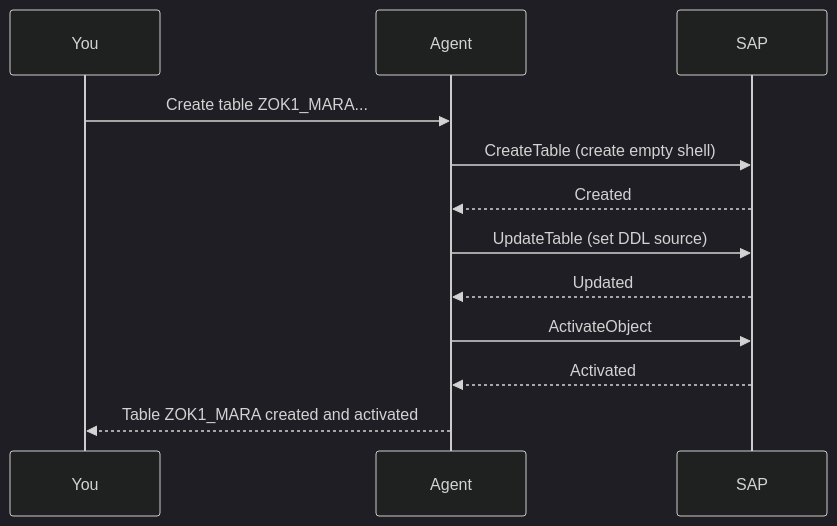
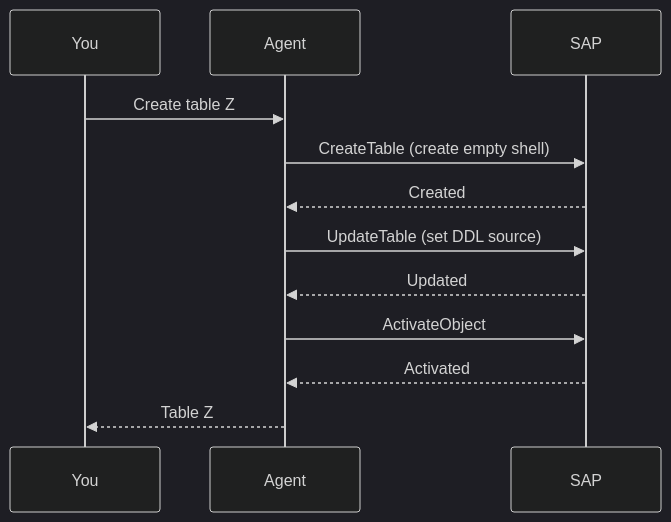
One commit to fr0ster/cloud-llm-hub changed the fifth of 10 diagrams in docs/tutorials/rap-bo-creation.md. Above: the diagram before and after it, drawn with Mermaid (dark theme). The commit also changed other lines of this file, not shown here.

````diff
--- a/docs/tutorials/rap-bo-creation.md
+++ b/docs/tutorials/rap-bo-creation.md
@@ -224,15 +224,15 @@
 ```mermaid
 sequenceDiagram
     participant You
     participant Agent
     participant SAP
 
-    You->>Agent: Create table ZOK1_MARA...
+    You->>Agent: Create table Z##_MARA...
     Agent->>SAP: CreateTable (create empty shell)
     SAP-->>Agent: Created
     Agent->>SAP: UpdateTable (set DDL source)
     SAP-->>Agent: Updated
     Agent->>SAP: ActivateObject
     SAP-->>Agent: Activated
-    Agent-->>You: Table ZOK1_MARA created and activated
+    Agent-->>You: Table Z##_MARA created and activated
 ```
````
